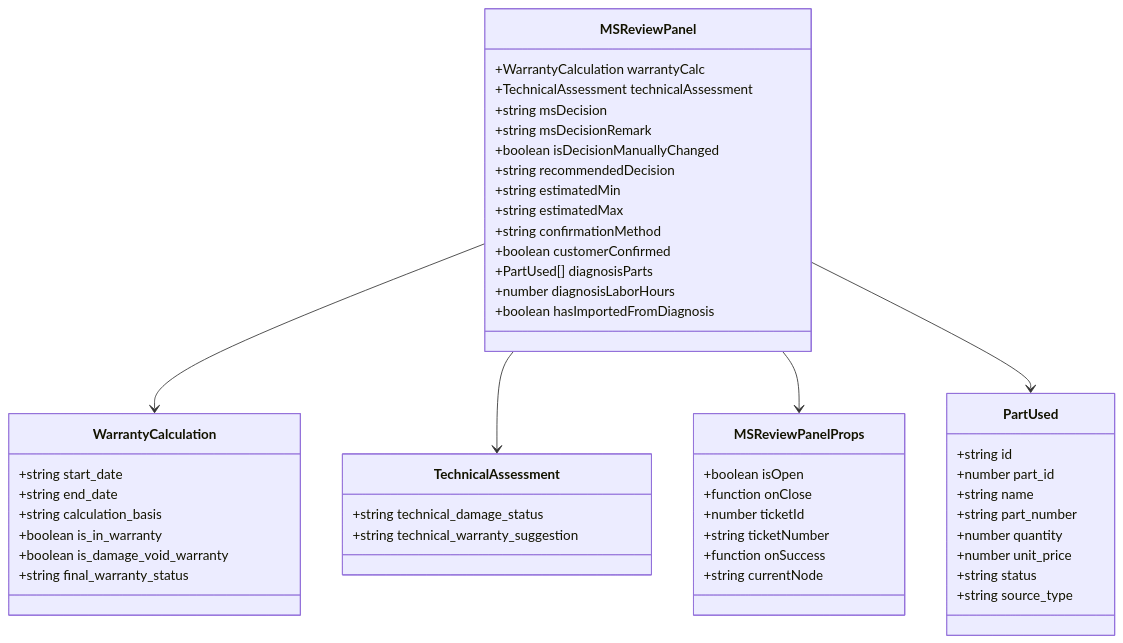
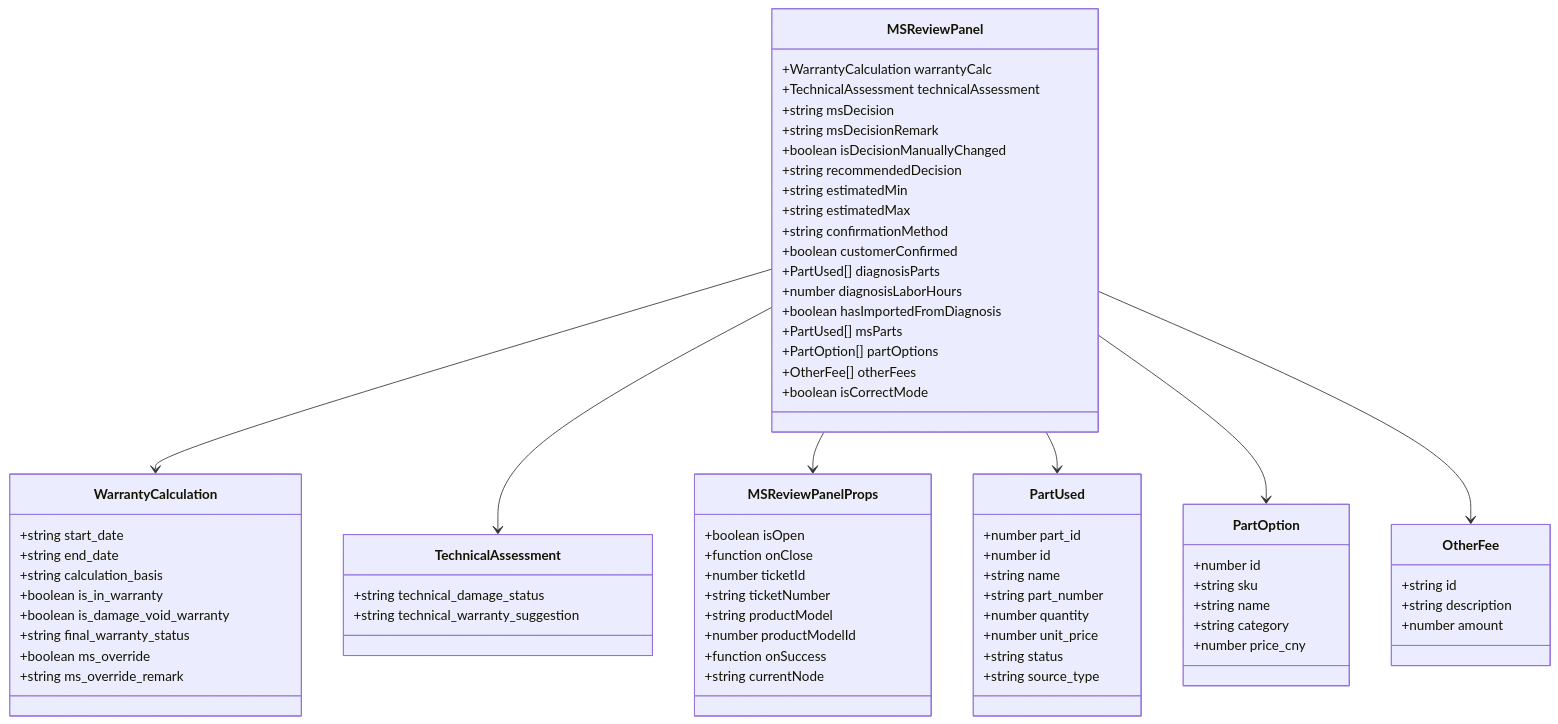
One commit to CubeEdge/Longhorn changed the second of 10 diagrams in .qoder/repowiki/zh/content/前端组件架构/服务工作流增强/MSReviewPanel 评审面板.md. Above: the diagram before and after it, drawn with Mermaid. The commit also changed other lines of this file and 29 other files, not shown here.

````diff
--- a/.qoder/repowiki/zh/content/前端组件架构/服务工作流增强/MSReviewPanel 评审面板.md
+++ b/.qoder/repowiki/zh/content/前端组件架构/服务工作流增强/MSReviewPanel 评审面板.md
@@ -95,52 +105,74 @@
 ```mermaid
 classDiagram
 class WarrantyCalculation {
 +string start_date
 +string end_date
 +string calculation_basis
 +boolean is_in_warranty
 +boolean is_damage_void_warranty
 +string final_warranty_status
++boolean ms_override
++string ms_override_remark
 }
 class TechnicalAssessment {
 +string technical_damage_status
 +string technical_warranty_suggestion
 }
 class MSReviewPanelProps {
 +boolean isOpen
 +function onClose
 +number ticketId
 +string ticketNumber
++string productModel
++number productModelId
 +function onSuccess
 +string currentNode
 }
 class MSReviewPanel {
 +WarrantyCalculation warrantyCalc
 +TechnicalAssessment technicalAssessment
 +string msDecision
 +string msDecisionRemark
 +boolean isDecisionManuallyChanged
 +string recommendedDecision
 +string estimatedMin
 +string estimatedMax
 +string confirmationMethod
 +boolean customerConfirmed
 +PartUsed[] diagnosisParts
 +number diagnosisLaborHours
 +boolean hasImportedFromDiagnosis
++PartUsed[] msParts
++PartOption[] partOptions
++OtherFee[] otherFees
++boolean isCorrectMode
 }
 class PartUsed {
-+string id
 +number part_id
++number id
 +string name
 +string part_number
 +number quantity
 +number unit_price
 +string status
 +string source_type
 }
+class PartOption {
++number id
++string sku
++string name
++string category
++number price_cny
+}
+class OtherFee {
++string id
++string description
++number amount
+}
 MSReviewPanel --> WarrantyCalculation
 MSReviewPanel --> TechnicalAssessment
 MSReviewPanel --> MSReviewPanelProps
 MSReviewPanel --> PartUsed
+MSReviewPanel --> PartOption
+MSReviewPanel --> OtherFee
 ```
````
